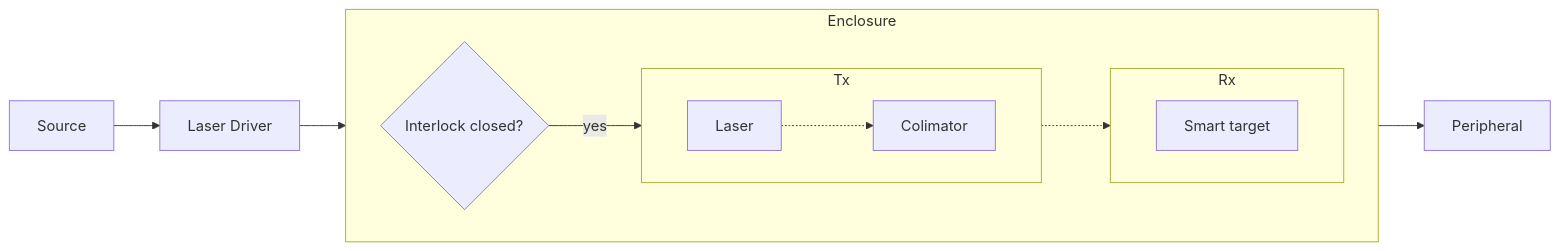
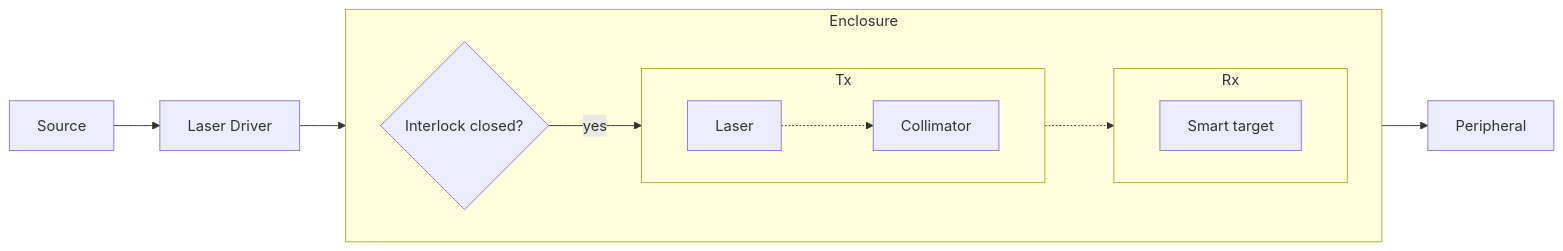
One commit to UCL-Photonics-Society/UCLightcommands changed the second of 2 diagrams in docs/phase1/final-report.md. Above: the diagram before and after it, drawn with Mermaid. The commit also changed other lines of this file, not shown here.

````diff
--- a/docs/phase1/final-report.md
+++ b/docs/phase1/final-report.md
@@ -85,20 +85,20 @@
 ```mermaid
 flowchart LR
     Source --> LDR[Laser Driver]
     LDR --> INT{Interlock closed?}
     subgraph Enclosure
         direction LR
         INT -- yes --> LAS[Laser]
         subgraph Tx
             direction LR
-            LAS -.-> COL[Colimator]
+            LAS -.-> COL[Collimator]
         end
         subgraph Rx
             direction LR
             SMT[Smart target]
         end
         COL -.-> SMT
     end
     SMT --> Peripheral
     
 ```
````
